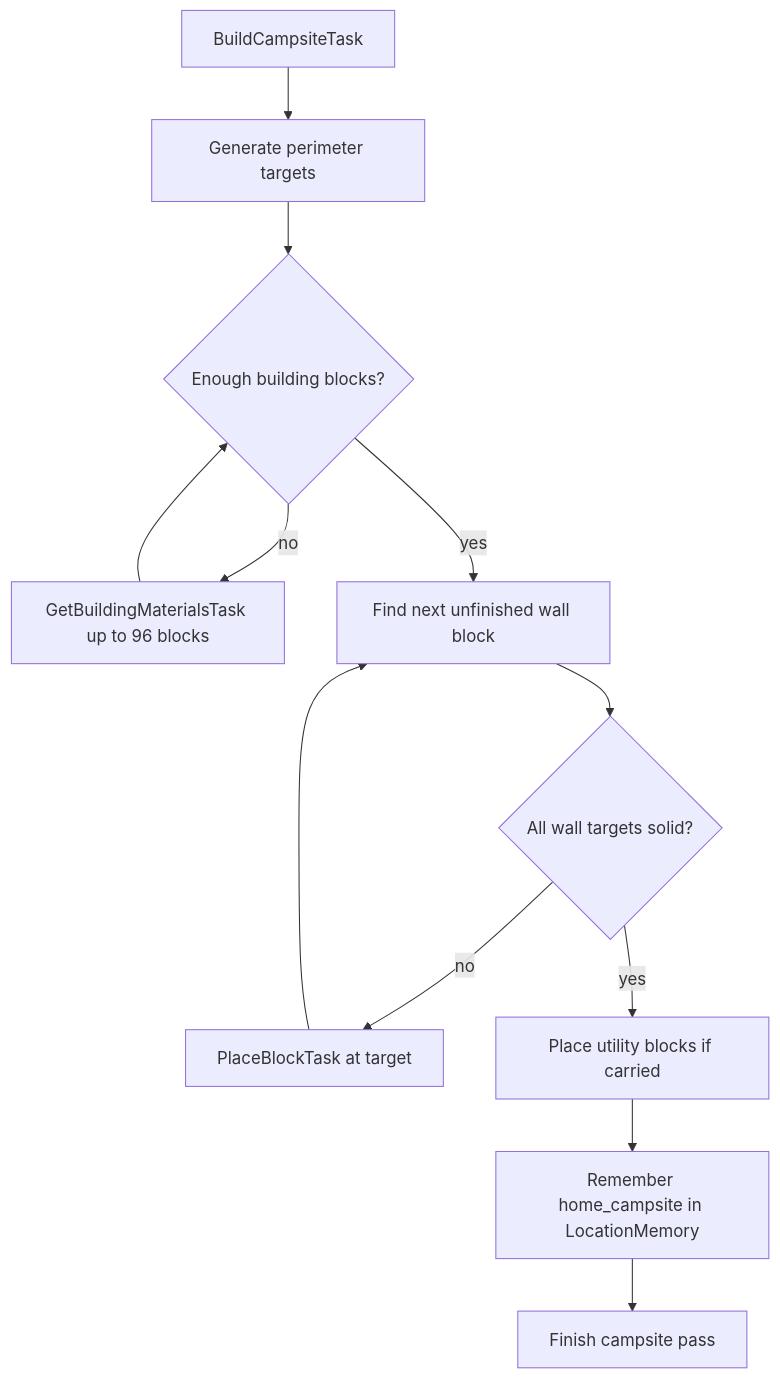
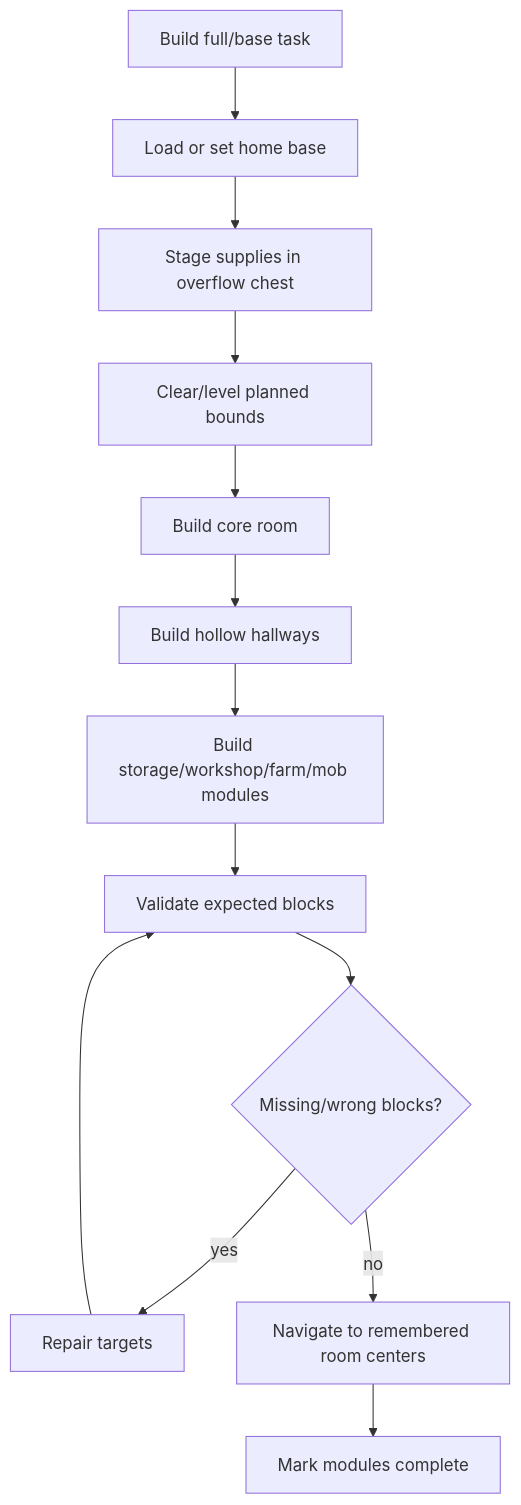
One commit to unaveragetech/Belfegor changed the fifth of 5 diagrams in docs/BEAT_THE_GAME.md. Above: the diagram before and after it, drawn with Mermaid. The commit also changed other lines of this file and 13 other files, not shown here.

````diff
--- a/docs/BEAT_THE_GAME.md
+++ b/docs/BEAT_THE_GAME.md
@@ -309,14 +305,15 @@
 ```mermaid
 flowchart TD
-    Start["BuildCampsiteTask"] --> Targets["Generate perimeter targets"]
-    Targets --> Materials{"Enough building blocks?"}
-    Materials -- no --> Gather["GetBuildingMaterialsTask up to 96 blocks"]
-    Gather --> Materials
-    Materials -- yes --> Next["Find next unfinished wall block"]
-    Next --> DoneWalls{"All wall targets solid?"}
-    DoneWalls -- no --> Place["PlaceBlockTask at target"]
-    Place --> Next
-    DoneWalls -- yes --> Utility["Place utility blocks if carried"]
-    Utility --> Remember["Remember home_campsite in LocationMemory"]
-    Remember --> Finish["Finish campsite pass"]
+    Start["Build full/base task"] --> Home["Load or set home base"]
+    Home --> Preflight["Stage supplies in overflow chest"]
+    Preflight --> Clear["Clear/level planned bounds"]
+    Clear --> Core["Build core room"]
+    Core --> Halls["Build hollow hallways"]
+    Halls --> Modules["Build storage/workshop/farm/mob modules"]
+    Modules --> Validate["Validate expected blocks"]
+    Validate --> Repair{"Missing/wrong blocks?"}
+    Repair -- yes --> Fix["Repair targets"]
+    Fix --> Validate
+    Repair -- no --> Route["Navigate to remembered room centers"]
+    Route --> Finish["Mark modules complete"]
 ```
````
